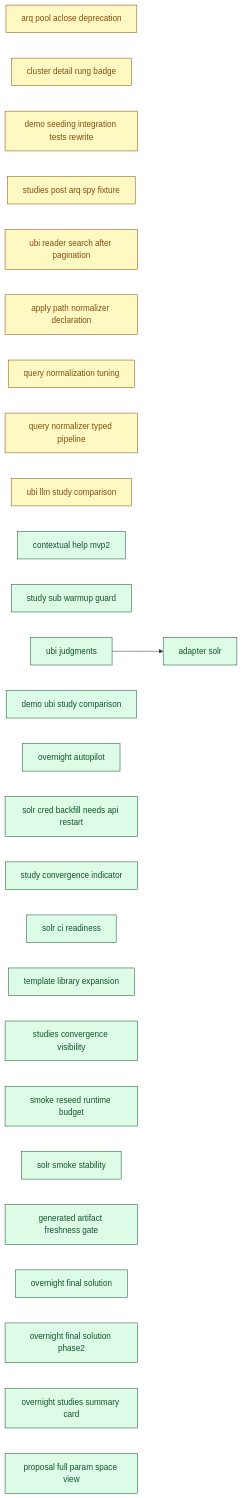
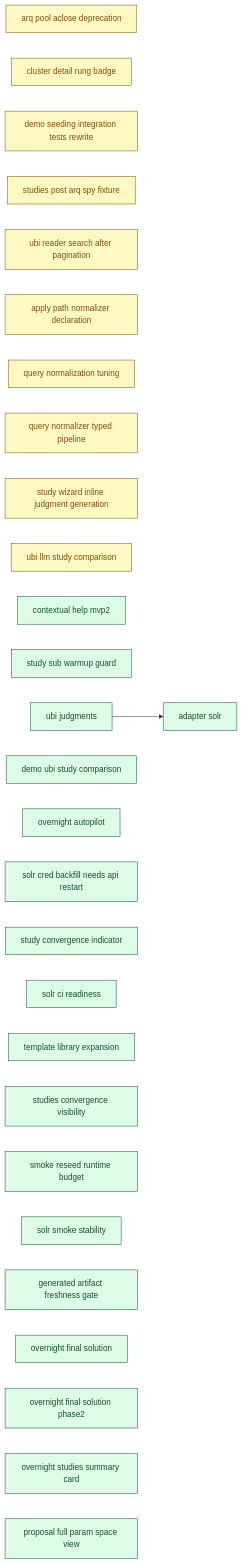
Before and after one commit to SoundMindsAI/relyloop: the diagram in docs/00_overview/MVP2_DASHBOARD.md, drawn with Mermaid. The commit also changed other lines of this file and 20 other files, not shown here.

First line of the commit message:
feat(studies): inline judgment generation in the Create-Study wizard (#453)

````diff
--- a/docs/00_overview/MVP2_DASHBOARD.md
+++ b/docs/00_overview/MVP2_DASHBOARD.md
@@ -113,63 +115,65 @@
 ```mermaid
 graph LR
   classDef done fill:#dcfce7,stroke:#14532d,color:#14532d;
   classDef implement fill:#ffedd5,stroke:#9a3412,color:#9a3412;
   classDef plan fill:#fef9c3,stroke:#854d0e,color:#854d0e;
   classDef spec fill:#dbeafe,stroke:#1e40af,color:#1e40af;
   classDef idea fill:#f1f5f9,stroke:#334155,color:#334155;
   chore_arq_pool_aclose_deprecation["arq pool aclose deprecation"]
   class chore_arq_pool_aclose_deprecation plan;
   chore_cluster_detail_rung_badge["cluster detail rung badge"]
   class chore_cluster_detail_rung_badge plan;
   chore_demo_seeding_integration_tests_rewrite["demo seeding integration tests rewrite"]
   class chore_demo_seeding_integration_tests_rewrite plan;
   chore_studies_post_arq_spy_fixture["studies post arq spy fixture"]
   class chore_studies_post_arq_spy_fixture plan;
   chore_ubi_reader_search_after_pagination["ubi reader search after pagination"]
   class chore_ubi_reader_search_after_pagination plan;
   feat_apply_path_normalizer_declaration["apply path normalizer declaration"]
   class feat_apply_path_normalizer_declaration plan;
   feat_query_normalization_tuning["query normalization tuning"]
   class feat_query_normalization_tuning plan;
   feat_query_normalizer_typed_pipeline["query normalizer typed pipeline"]
   class feat_query_normalizer_typed_pipeline plan;
+  feat_study_wizard_inline_judgment_generation["study wizard inline judgment generation"]
+  class feat_study_wizard_inline_judgment_generation plan;
   feat_ubi_llm_study_comparison["ubi llm study comparison"]
   class feat_ubi_llm_study_comparison plan;
   feat_contextual_help_mvp2["contextual help mvp2"]
   class feat_contextual_help_mvp2 done;
   feat_study_sub_warmup_guard["study sub warmup guard"]
   class feat_study_sub_warmup_guard done;
   feat_ubi_judgments["ubi judgments"]
   class feat_ubi_judgments done;
   feat_demo_ubi_study_comparison["demo ubi study comparison"]
   class feat_demo_ubi_study_comparison done;
   feat_overnight_autopilot["overnight autopilot"]
   class feat_overnight_autopilot done;
   infra_adapter_solr["adapter solr"]
   class infra_adapter_solr done;
   chore_solr_cred_backfill_needs_api_restart["solr cred backfill needs api restart"]
   class chore_solr_cred_backfill_needs_api_restart done;
   feat_study_convergence_indicator["study convergence indicator"]
   class feat_study_convergence_indicator done;
   infra_solr_ci_readiness["solr ci readiness"]
   class infra_solr_ci_readiness done;
   chore_template_library_expansion["template library expansion"]
   class chore_template_library_expansion done;
   feat_studies_convergence_visibility["studies convergence visibility"]
   class feat_studies_convergence_visibility done;
   infra_smoke_reseed_runtime_budget["smoke reseed runtime budget"]
   class infra_smoke_reseed_runtime_budget done;
   infra_solr_smoke_stability["solr smoke stability"]
   class infra_solr_smoke_stability done;
   infra_generated_artifact_freshness_gate["generated artifact freshness gate"]
   class infra_generated_artifact_freshness_gate done;
   feat_overnight_final_solution["overnight final solution"]
   class feat_overnight_final_solution done;
   feat_overnight_final_solution_phase2["overnight final solution phase2"]
   class feat_overnight_final_solution_phase2 done;
   feat_overnight_studies_summary_card["overnight studies summary card"]
   class feat_overnight_studies_summary_card done;
   feat_proposal_full_param_space_view["proposal full param space view"]
   class feat_proposal_full_param_space_view done;
   feat_ubi_judgments --> infra_adapter_solr
 ```
````
